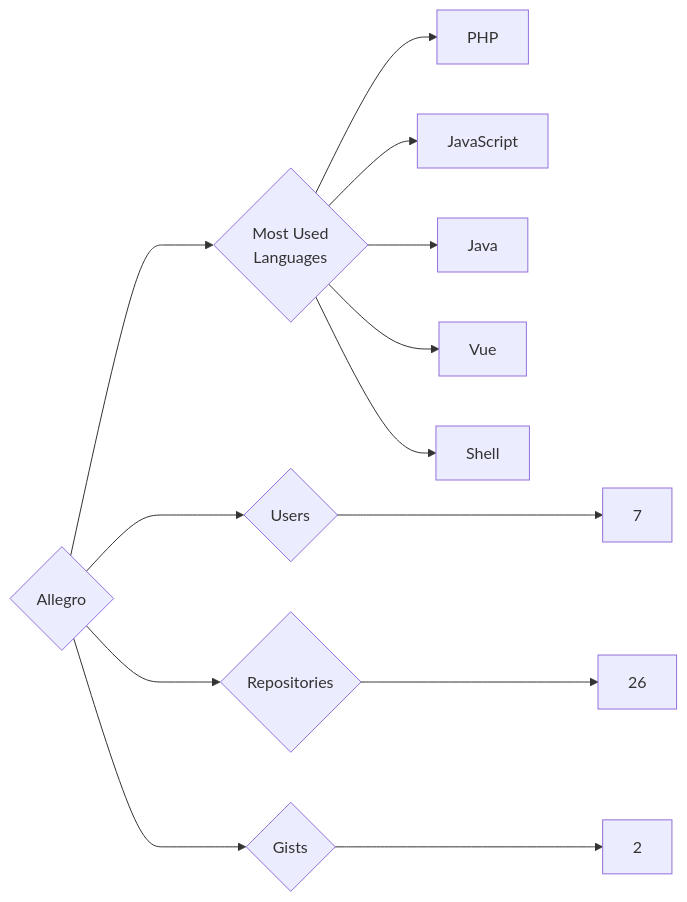
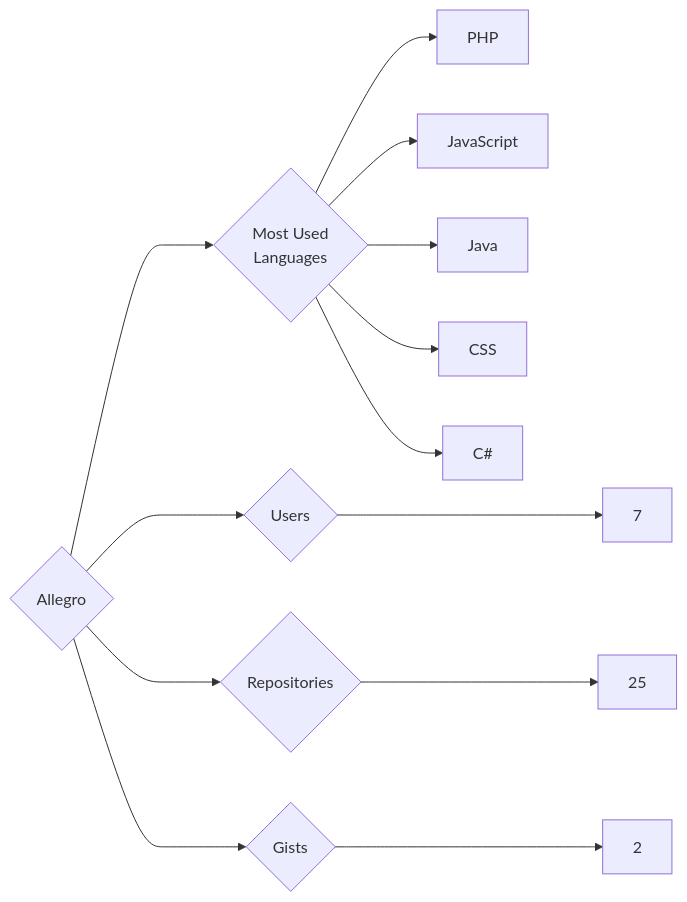
The diagram in targets/Allegro/README.md (trickest/insiders), drawn with Mermaid before and after one commit. The commit also changed 988 other files, not shown here.

````diff
--- a/targets/Allegro/README.md
+++ b/targets/Allegro/README.md
@@ -3,13 +3,13 @@
 ```mermaid
 graph LR
 COMPANY_NAME{Allegro}
 COMPANY_NAME ---> U{Users} ---> UN[7]
-COMPANY_NAME ---> R{Repositories} ---> RN[26]
+COMPANY_NAME ---> R{Repositories} ---> RN[25]
 COMPANY_NAME ---> G{Gists} ---> GN[2]
 COMPANY_NAME ---> ML{Most Used<br>Languages}
 ML --> PHP[PHP]
 ML --> JavaScript[JavaScript]
 ML --> Java[Java]
-ML --> Vue[Vue]
-ML --> Shell[Shell]
+ML --> CSS[CSS]
+ML --> C#[C#]
 ```
````
